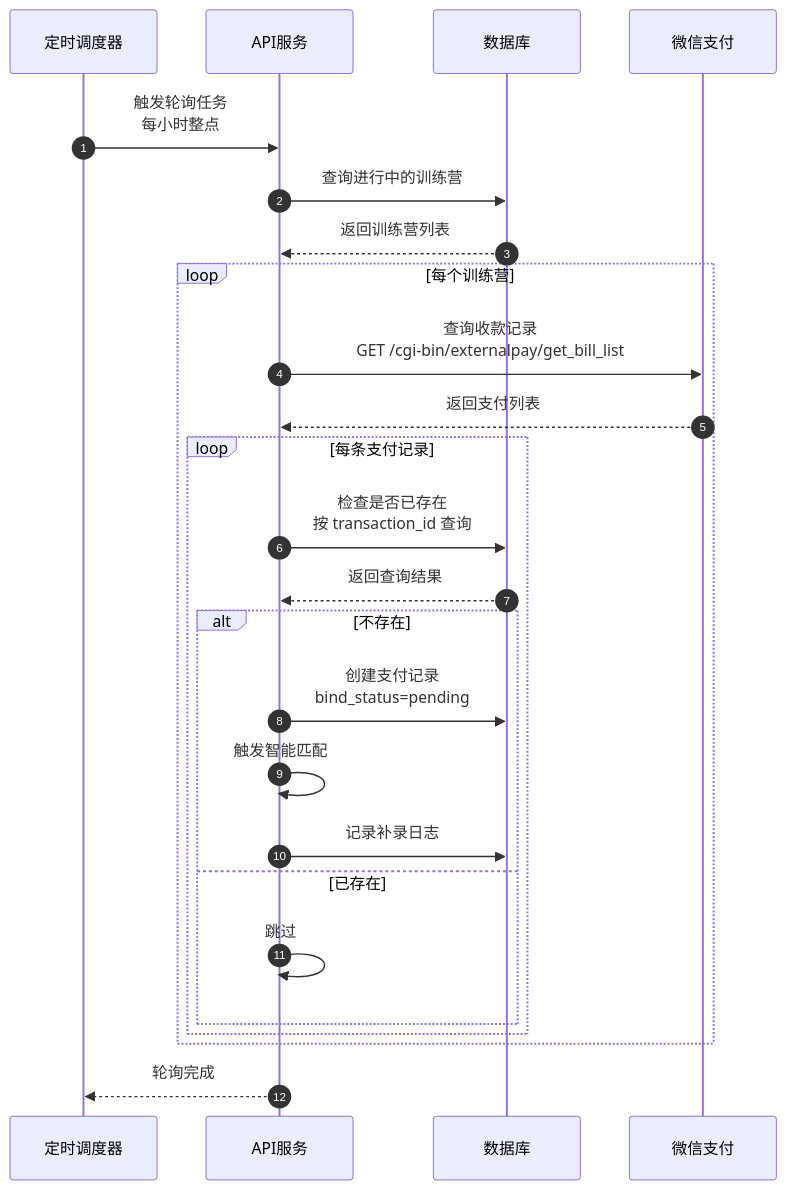
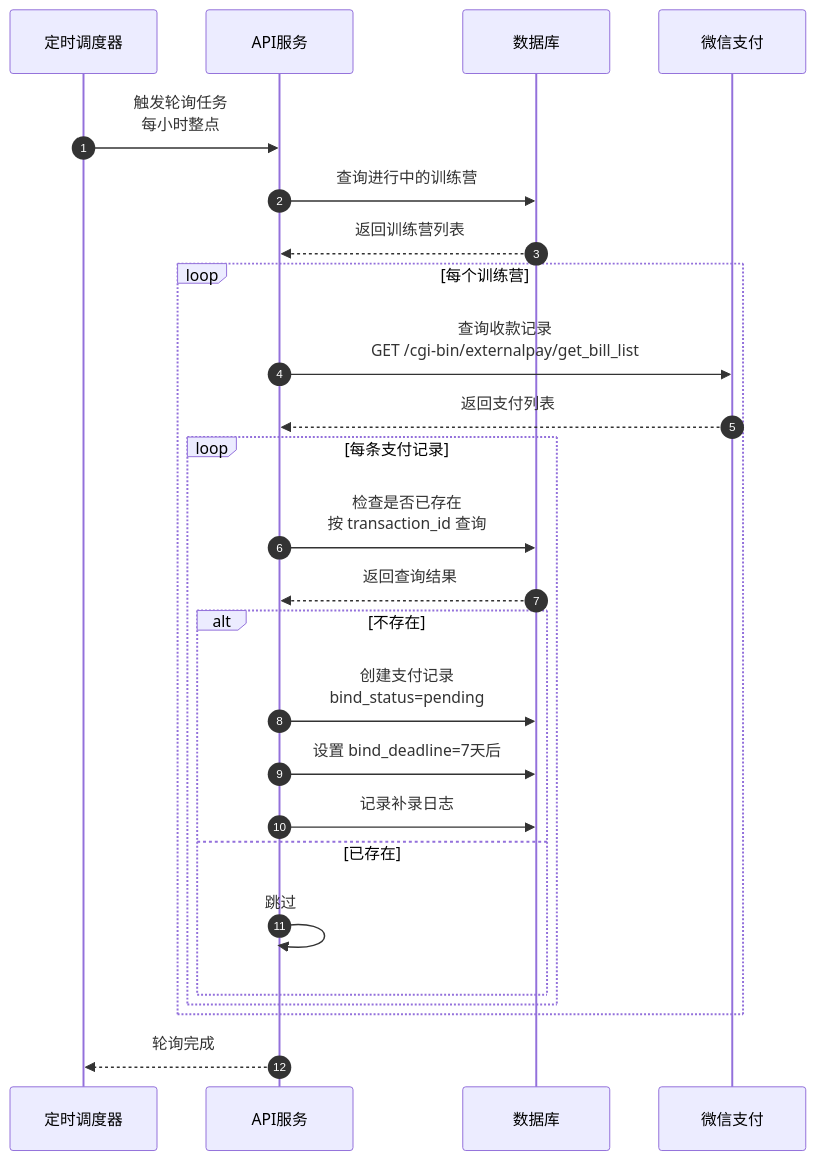
Diagram 18 of 21 in docs/v1/design/技术方案.md (yiancode/AutoDepositRefundAgent), drawn with Mermaid before and after one commit. The commit also changed other lines of this file and 11 other files, not shown here.

````diff
--- a/docs/v1/design/技术方案.md
+++ b/docs/v1/design/技术方案.md
@@ -1611,32 +1611,32 @@
 ```mermaid
 sequenceDiagram
     autonumber
     participant Scheduler as 定时调度器
     participant API as API服务
     participant DB as 数据库
     participant WX as 微信支付
 
     Scheduler->>API: 触发轮询任务<br/>每小时整点
     API->>DB: 查询进行中的训练营
     DB-->>API: 返回训练营列表
 
     loop 每个训练营
         API->>WX: 查询收款记录<br/>GET /cgi-bin/externalpay/get_bill_list
         WX-->>API: 返回支付列表
 
         loop 每条支付记录
             API->>DB: 检查是否已存在<br/>按 transaction_id 查询
             DB-->>API: 返回查询结果
 
             alt 不存在
                 API->>DB: 创建支付记录<br/>bind_status=pending
-                API->>API: 触发智能匹配
+                API->>DB: 设置 bind_deadline=7天后
                 API->>DB: 记录补录日志
             else 已存在
                 API->>API: 跳过
             end
         end
     end
 
     API-->>Scheduler: 轮询完成
 ```
````
